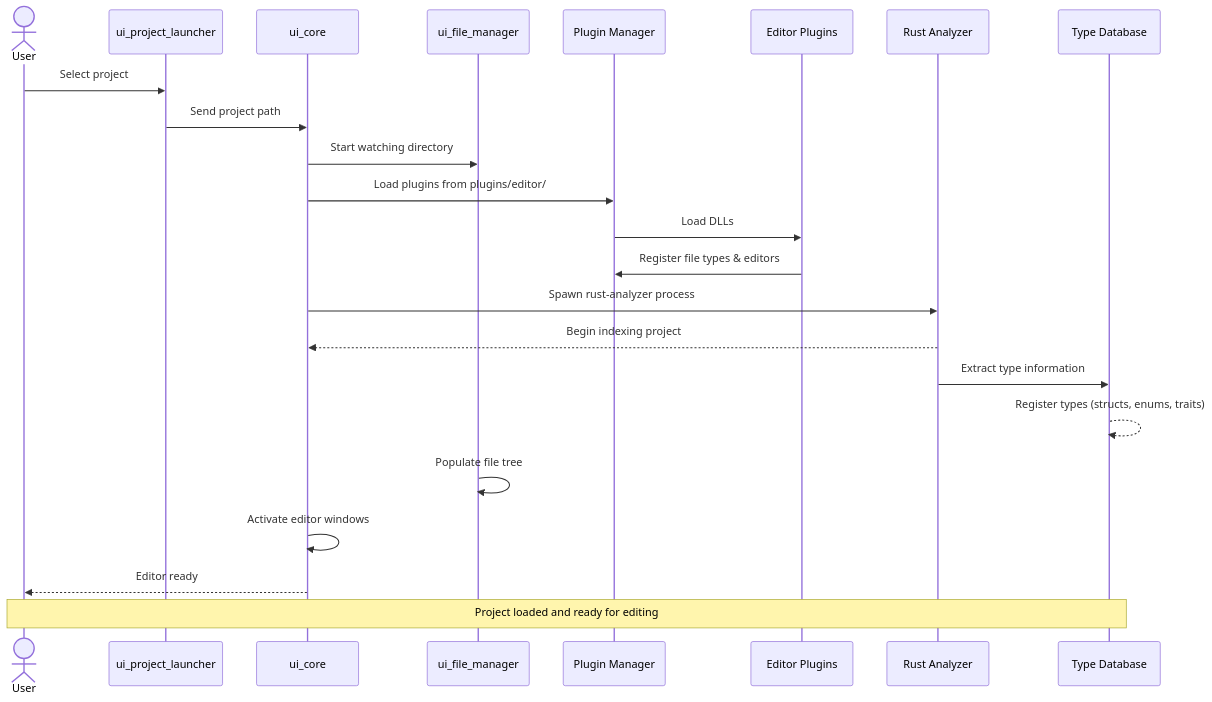
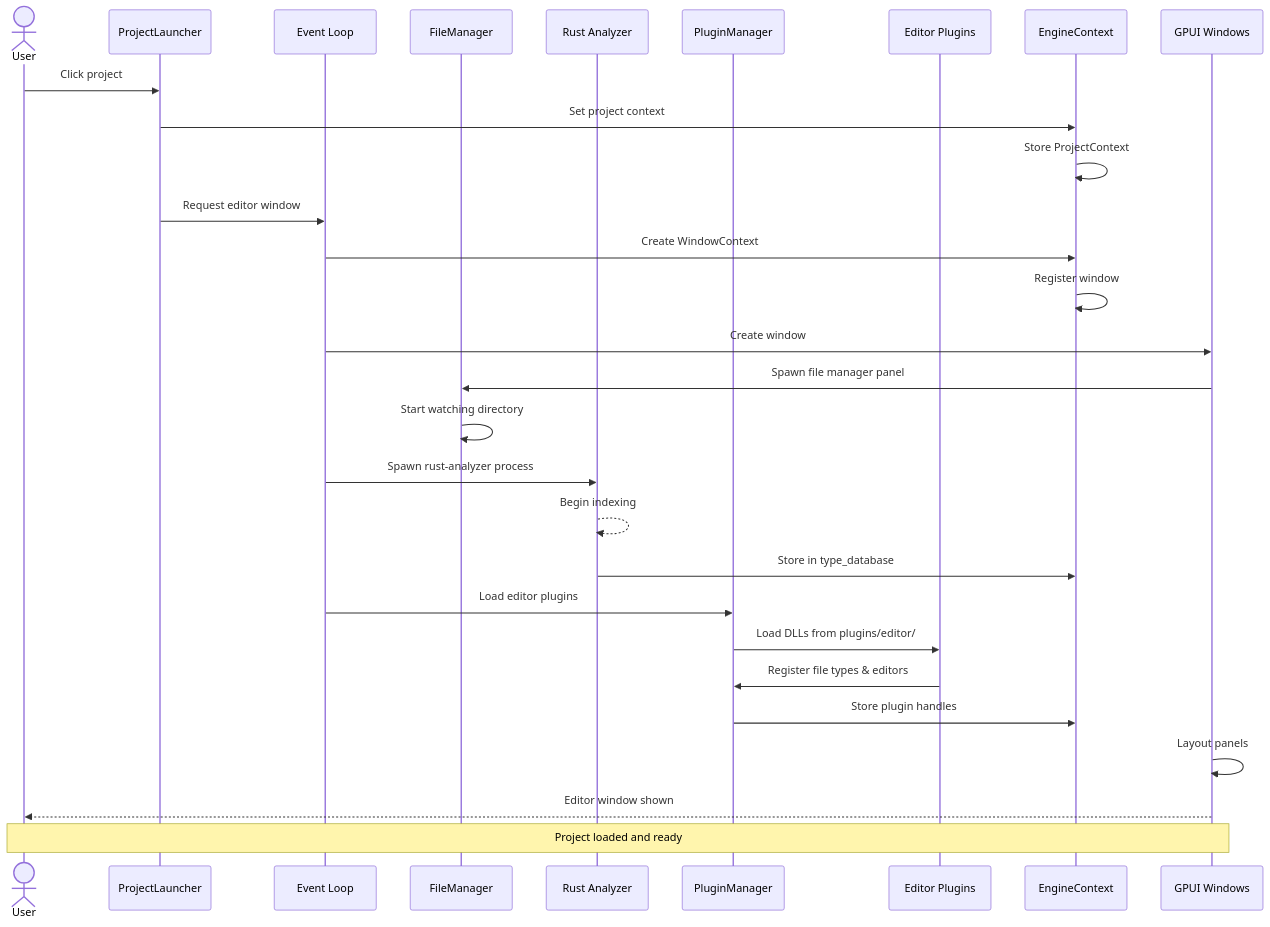
One commit to Far-Beyond-Pulsar/docs changed the fourth of 5 diagrams in public/docs/core-concepts/architecture.md. Above: the diagram before and after it, drawn with Mermaid. The commit also changed other lines of this file and 2 other files, not shown here.

First line of the commit message:
Revise Pulsar architecture docs with detailed overhaul

````diff
--- a/public/docs/core-concepts/architecture.md
+++ b/public/docs/core-concepts/architecture.md
@@ -308,27 +650,37 @@
 ```mermaid
 sequenceDiagram
     actor User
-    participant Launcher as ui_project_launcher
-    participant Core as ui_core
-    participant FileManager as ui_file_manager
-    participant PluginMgr as Plugin Manager
+    participant Launcher as ProjectLauncher
+    participant EL as Event Loop
+    participant FM as FileManager
+    participant RA as Rust Analyzer
+    participant PM as PluginManager
     participant Plugins as Editor Plugins
-    participant RA as Rust Analyzer
-    participant TypeDB as Type Database
+    participant EC as EngineContext
+    participant GPUI as GPUI Windows
 
-    User->>Launcher: Select project
-    Launcher->>Core: Send project path
-    Core->>FileManager: Start watching directory
-    Core->>PluginMgr: Load plugins from plugins/editor/
-    PluginMgr->>Plugins: Load DLLs
-    Plugins->>PluginMgr: Register file types & editors
-    Core->>RA: Spawn rust-analyzer process
-    RA-->>Core: Begin indexing project
-    RA->>TypeDB: Extract type information
-    TypeDB-->>TypeDB: Register types (structs, enums, traits)
-    FileManager->>FileManager: Populate file tree
-    Core->>Core: Activate editor windows
-    Core-->>User: Editor ready
+    User->>Launcher: Click project
+    Launcher->>EC: Set project context
+    EC->>EC: Store ProjectContext
+    Launcher->>EL: Request editor window
+    EL->>EC: Create WindowContext
+    EC->>EC: Register window
 
-    Note over User,TypeDB: Project loaded and ready for editing
+    EL->>GPUI: Create window
+    GPUI->>FM: Spawn file manager panel
+    FM->>FM: Start watching directory
+
+    EL->>RA: Spawn rust-analyzer process
+    RA-->>RA: Begin indexing
+    RA->>EC: Store in type_database
+
+    EL->>PM: Load editor plugins
+    PM->>Plugins: Load DLLs from plugins/editor/
+    Plugins->>PM: Register file types & editors
+    PM->>EC: Store plugin handles
+
+    GPUI->>GPUI: Layout panels
+    GPUI-->>User: Editor window shown
+
+    Note over User,GPUI: Project loaded and ready
 ```
````
